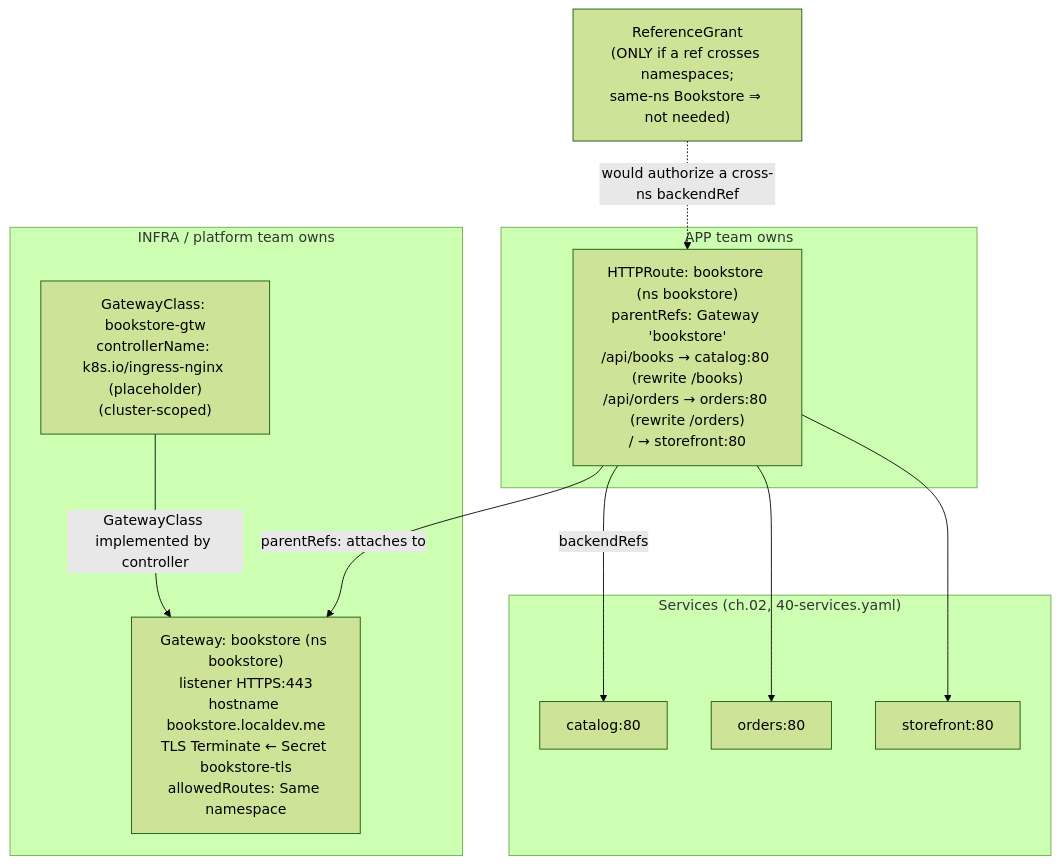
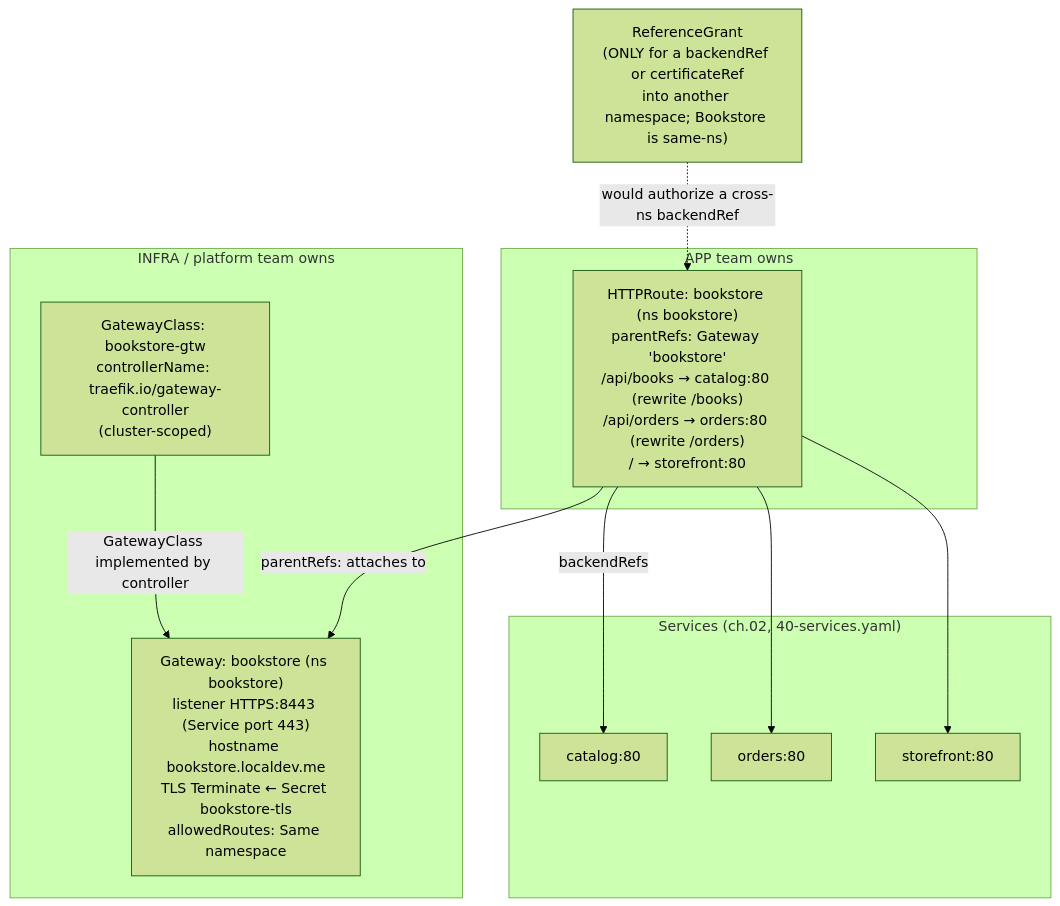
Before and after one commit to abd-ulbasit/bookstore-kubernetes-guide: the diagram in full-guide/02-networking/05-gateway-api.md, drawn with Mermaid (forest theme). The commit also changed other lines of this file and 7 other files, not shown here.

First line of the commit message:
networking: ch.05 Gateway API on Traefik, checked on a lab cluster

````diff
--- a/full-guide/02-networking/05-gateway-api.md
+++ b/full-guide/02-networking/05-gateway-api.md
@@ -61,23 +79,23 @@
 ```mermaid
 flowchart TB
     subgraph infra["INFRA / platform team owns"]
-        gc["GatewayClass: bookstore-gtw<br/>controllerName: k8s.io/ingress-nginx (placeholder)<br/>(cluster-scoped)"]
-        gw["Gateway: bookstore (ns bookstore)<br/>listener HTTPS:443<br/>hostname bookstore.localdev.me<br/>TLS Terminate ← Secret bookstore-tls<br/>allowedRoutes: Same namespace"]
+        gc["GatewayClass: bookstore-gtw<br/>controllerName: traefik.io/gateway-controller<br/>(cluster-scoped)"]
+        gw["Gateway: bookstore (ns bookstore)<br/>listener HTTPS:8443 (Service port 443)<br/>hostname bookstore.localdev.me<br/>TLS Terminate ← Secret bookstore-tls<br/>allowedRoutes: Same namespace"]
     end
     subgraph app["APP team owns"]
         hr["HTTPRoute: bookstore (ns bookstore)<br/>parentRefs: Gateway 'bookstore'<br/>/api/books → catalog:80 (rewrite /books)<br/>/api/orders → orders:80 (rewrite /orders)<br/>/ → storefront:80"]
     end
     subgraph svcs["Services (ch.02, 40-services.yaml)"]
         sc["catalog:80"]
         so["orders:80"]
         ss["storefront:80"]
     end
-    rg["ReferenceGrant<br/>(ONLY if a ref crosses namespaces;<br/>same-ns Bookstore ⇒ not needed)"]
+    rg["ReferenceGrant<br/>(ONLY for a backendRef or certificateRef<br/>into another namespace; Bookstore is same-ns)"]
 
     gc -->|"GatewayClass implemented by controller"| gw
     hr -->|"parentRefs: attaches to"| gw
     hr -->|backendRefs| sc
     hr --> so
     hr --> ss
     rg -.->|"would authorize a cross-ns backendRef"| hr
 ```
````
